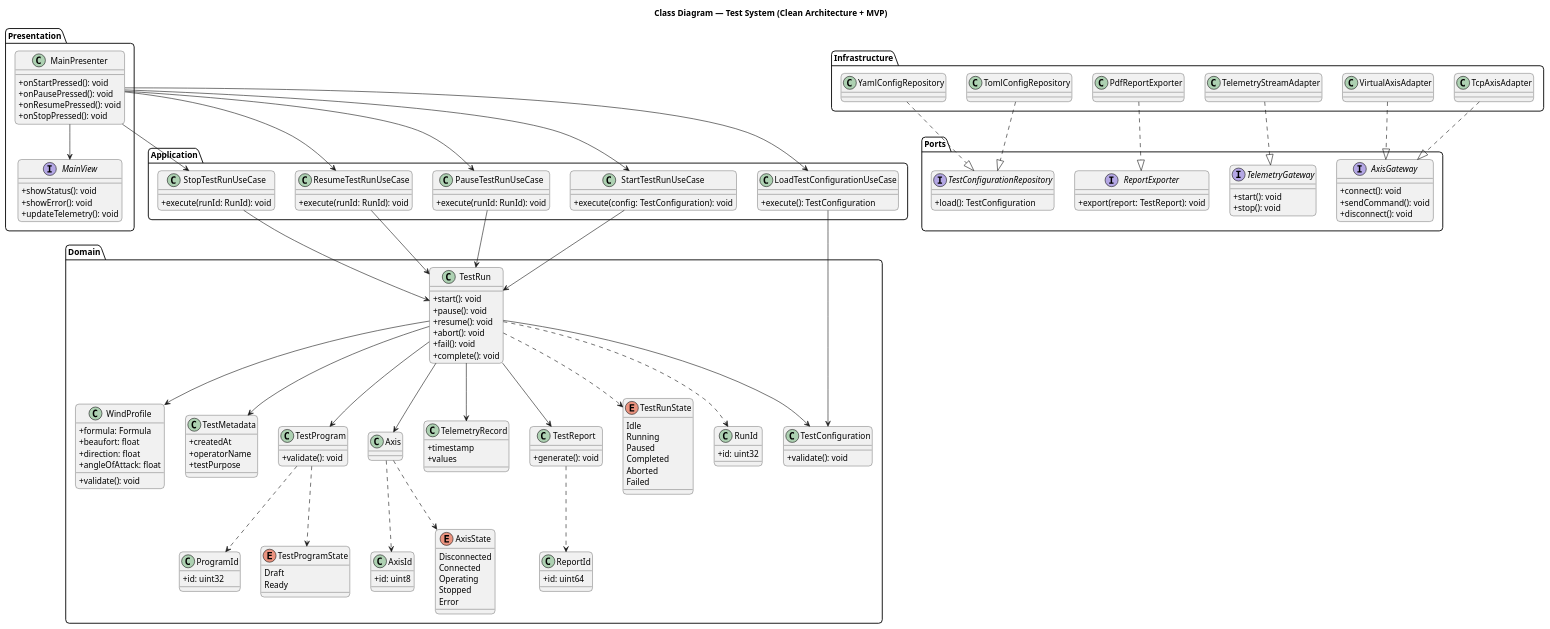
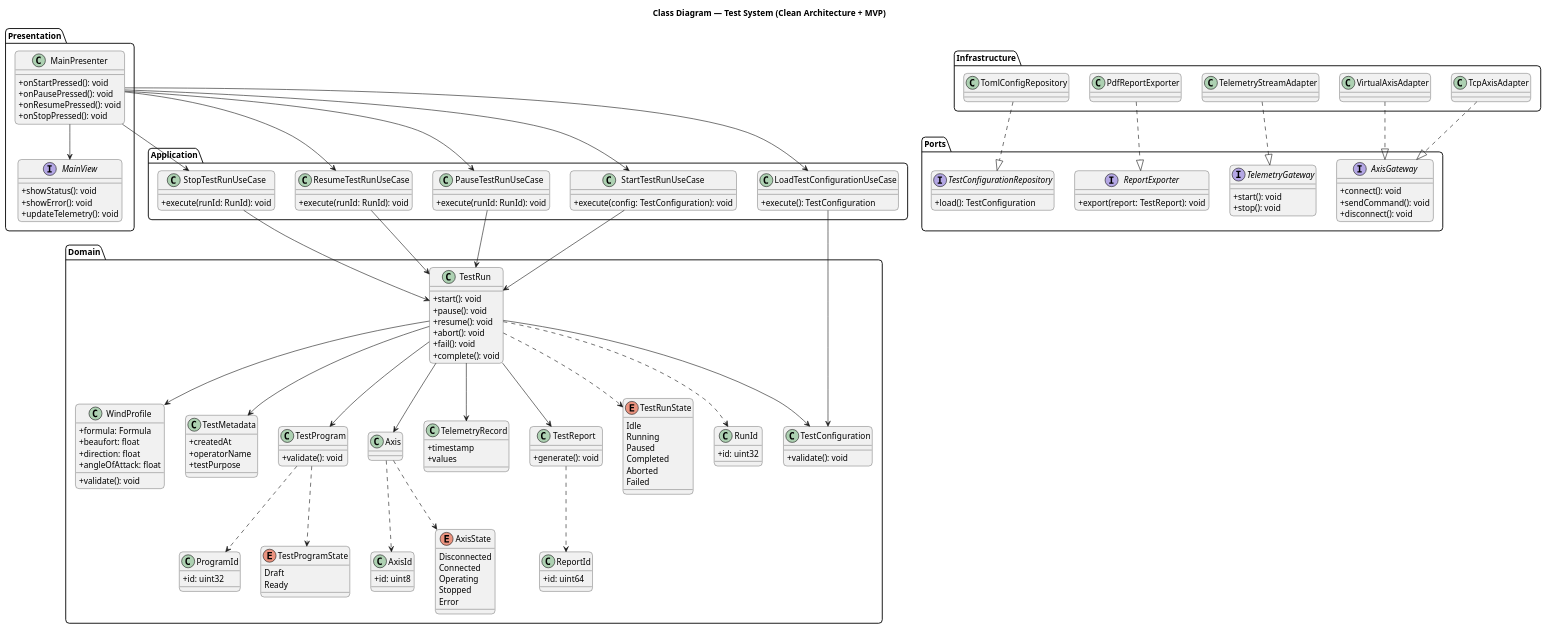
The diagram in docs/diagrams/class-diagram.puml (TarkWight/uas-test-system), drawn with PlantUML before and after one commit.

Commit message:
? update CD: delete yaml from plant-uml

```diff
--- a/docs/diagrams/class-diagram.puml
+++ b/docs/diagrams/class-diagram.puml
@@ -176,7 +176,6 @@
   class PdfReportExporter
 
   class TomlConfigRepository
-  class YamlConfigRepository
 
   TcpAxisAdapter ..|> AxisGateway
   VirtualAxisAdapter ..|> AxisGateway
@@ -184,7 +183,6 @@
   PdfReportExporter ..|> ReportExporter
 
   TomlConfigRepository ..|> TestConfigurationRepository
-  YamlConfigRepository ..|> TestConfigurationRepository
 }
 
 ' =====================
```
